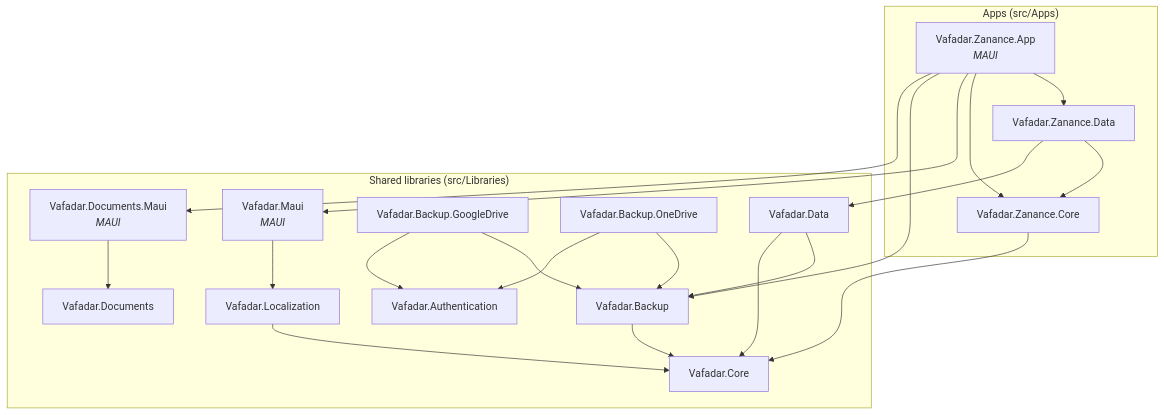
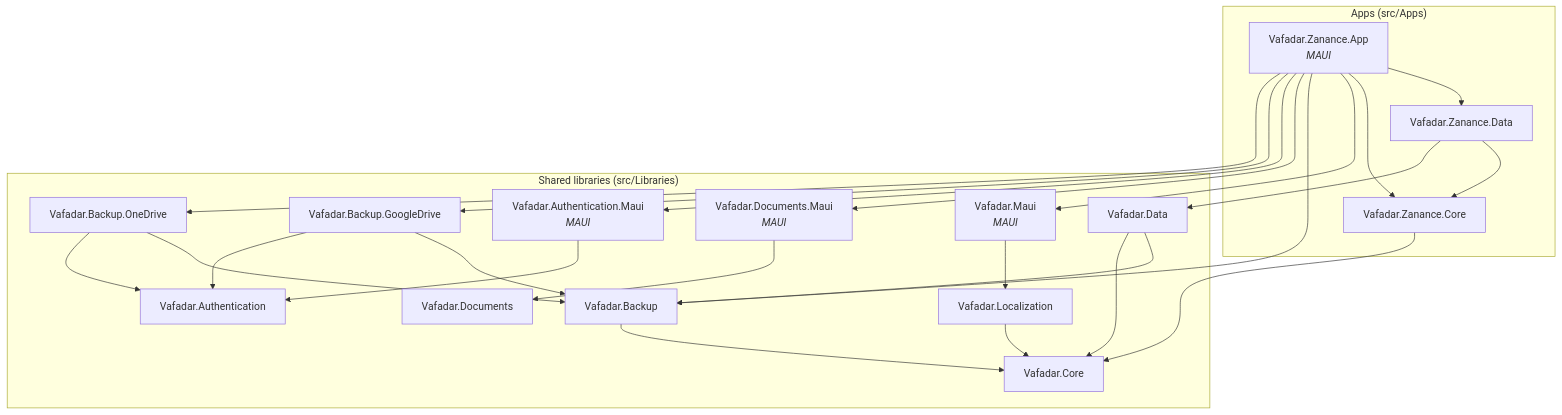
The second of 2 diagrams in docs/architecture/overview.md (shahramvafadar/Vafadar.Apps), drawn with Mermaid before and after one commit. The commit also changed other lines of this file and 44 other files, not shown here.

````diff
--- a/docs/architecture/overview.md
+++ b/docs/architecture/overview.md
@@ -100,35 +100,39 @@
 ```mermaid
 flowchart TD
     subgraph apps["Apps (src/Apps)"]
         FA["Vafadar.Zanance.App<br/><i>MAUI</i>"]
         FD[Vafadar.Zanance.Data]
         FC[Vafadar.Zanance.Core]
     end
     subgraph libs["Shared libraries (src/Libraries)"]
         VM["Vafadar.Maui<br/><i>MAUI</i>"]
         VL[Vafadar.Localization]
         VD[Vafadar.Data]
         VB[Vafadar.Backup]
         GD[Vafadar.Backup.GoogleDrive]
         OD[Vafadar.Backup.OneDrive]
         VA[Vafadar.Authentication]
         VC[Vafadar.Core]
         DM["Vafadar.Documents.Maui<br/><i>MAUI</i>"]
         DO[Vafadar.Documents]
+        AM["Vafadar.Authentication.Maui<br/><i>MAUI</i>"]
     end
 
     FA --> FD --> FC
     FA --> FC
     FA --> VM
     FA --> VB
     FA --> DM --> DO
+    FA --> AM --> VA
+    FA --> GD
+    FA --> OD
     FD --> VD
     FC --> VC
     VM --> VL --> VC
     VD --> VB --> VC
     VD --> VC
     GD --> VB
     GD --> VA
     OD --> VB
     OD --> VA
 ```
````
